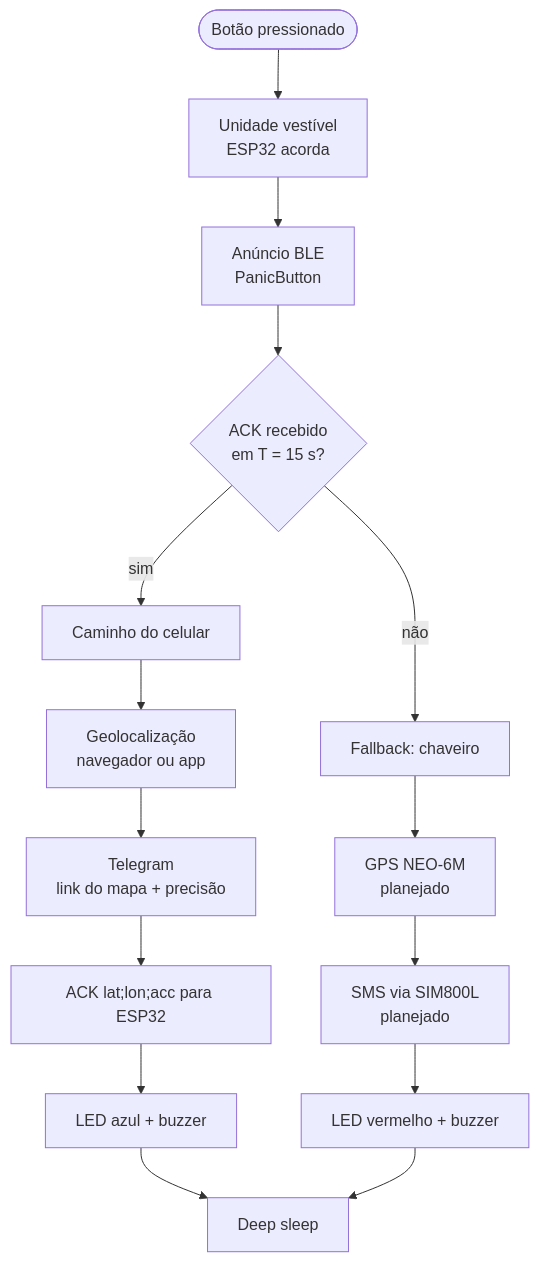
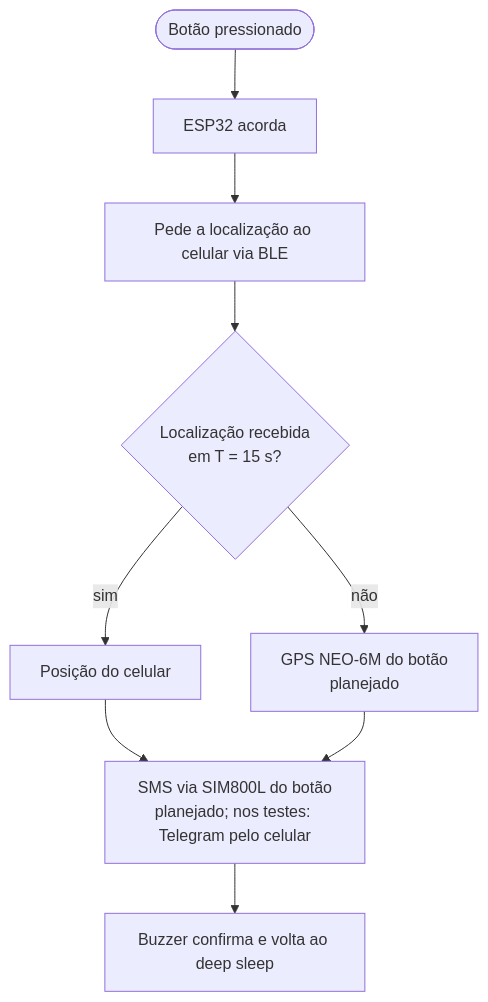
One commit to ticiive/A-Compact-Panic-Button-for-Women-s-Safety-with-Smartphone-Independent-Location-Fallback changed the first of 2 diagrams in README.md. Above: the diagram before and after it, drawn with Mermaid. The commit also changed other lines of this file, not shown here.

Commit message:
README: dispositivo único com SMS pelo botão

````diff
--- a/README.md
+++ b/README.md
@@ -36,17 +35,11 @@
 ```mermaid
 flowchart TD
-    A([Botão pressionado]) --> B[Unidade vestível\nESP32 acorda]
-    B --> BLE[Anúncio BLE\nPanicButton]
-    BLE --> D{ACK recebido\nem T = 15 s?}
-    D -- sim --> PH[Caminho do celular]
-    D -- não --> FK[Fallback: chaveiro]
-    PH --> GL[Geolocalização\nnavegador ou app]
-    GL --> TG[Telegram\nlink do mapa + precisão]
-    TG --> ACK[ACK lat;lon;acc para ESP32]
-    ACK --> LED1[LED azul + buzzer]
-    LED1 --> DS[Deep sleep]
-    FK --> GPS[GPS NEO-6M\nplanejado]
-    GPS --> GSM[SMS via SIM800L\nplanejado]
-    GSM --> LED2[LED vermelho + buzzer]
-    LED2 --> DS
+    A([Botão pressionado]) --> B[ESP32 acorda]
+    B --> C[Pede a localização ao celular via BLE]
+    C --> D{Localização recebida\nem T = 15 s?}
+    D -- sim --> L1[Posição do celular]
+    D -- não --> L2[GPS NEO-6M do botão\nplanejado]
+    L1 --> S[SMS via SIM800L do botão\nplanejado; nos testes: Telegram pelo celular]
+    L2 --> S
+    S --> Z[Buzzer confirma e volta ao deep sleep]
 ```
````
